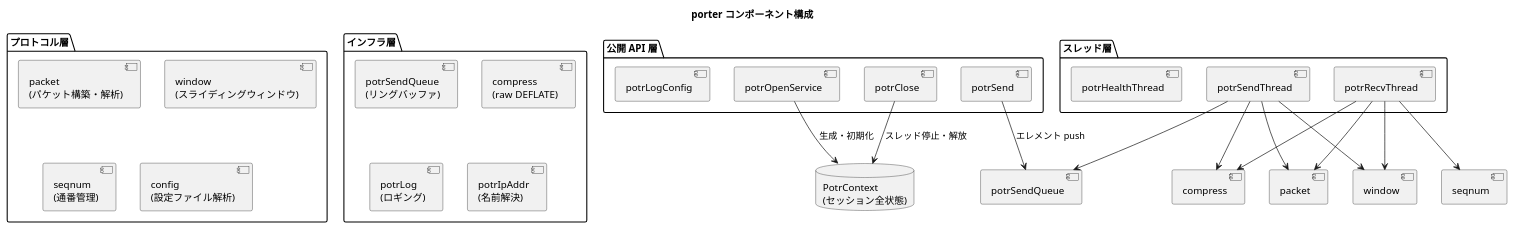
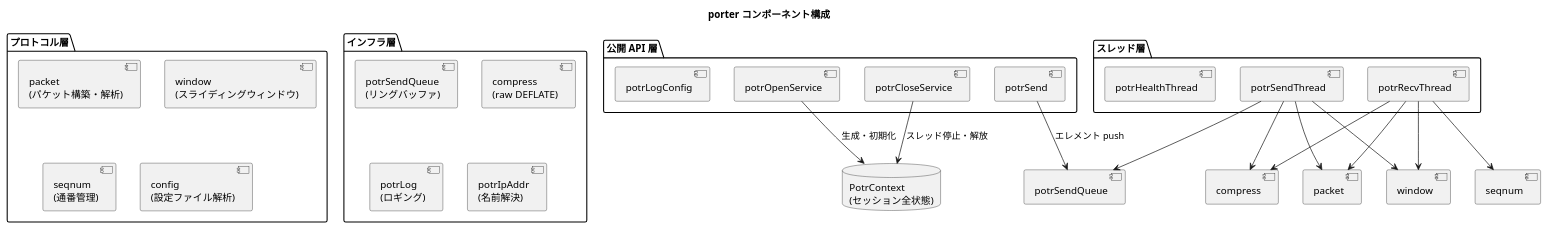
One commit to Hondarer/c-modernization-kit changed the second of 2 diagrams in prod/porter/docs/architecture.md. Above: the diagram before and after it, drawn with PlantUML. The commit also changed 13 other files, not shown here.

````diff
--- a/prod/porter/docs/architecture.md
+++ b/prod/porter/docs/architecture.md
@@ -72,48 +72,48 @@
 ```plantuml
 @startuml
 title porter コンポーネント構成
 
 package "公開 API 層" {
   [potrOpenService]
   [potrSend]
-  [potrClose]
+  [potrCloseService]
   [potrLogConfig]
 }
 
 package "スレッド層" {
   [potrRecvThread]
   [potrSendThread]
   [potrHealthThread]
 }
 
 package "プロトコル層" {
   [packet\n(パケット構築・解析)]
   [window\n(スライディングウィンドウ)]
   [seqnum\n(通番管理)]
   [config\n(設定ファイル解析)]
 }
 
 package "インフラ層" {
   [potrSendQueue\n(リングバッファ)]
   [compress\n(raw DEFLATE)]
   [potrLog\n(ロギング)]
   [potrIpAddr\n(名前解決)]
 }
 
 database "PotrContext\n(セッション全状態)" as CTX
 
 [potrOpenService] --> CTX : 生成・初期化
 [potrSend] --> [potrSendQueue] : エレメント push
-[potrClose] --> CTX : スレッド停止・解放
+[potrCloseService] --> CTX : スレッド停止・解放
 
 [potrSendThread] --> [packet]
 [potrSendThread] --> [window]
 [potrSendThread] --> [compress]
 [potrSendThread] --> [potrSendQueue]
 
 [potrRecvThread] --> [packet]
 [potrRecvThread] --> [window]
 [potrRecvThread] --> [seqnum]
 [potrRecvThread] --> [compress]
 @enduml
 ```
````
